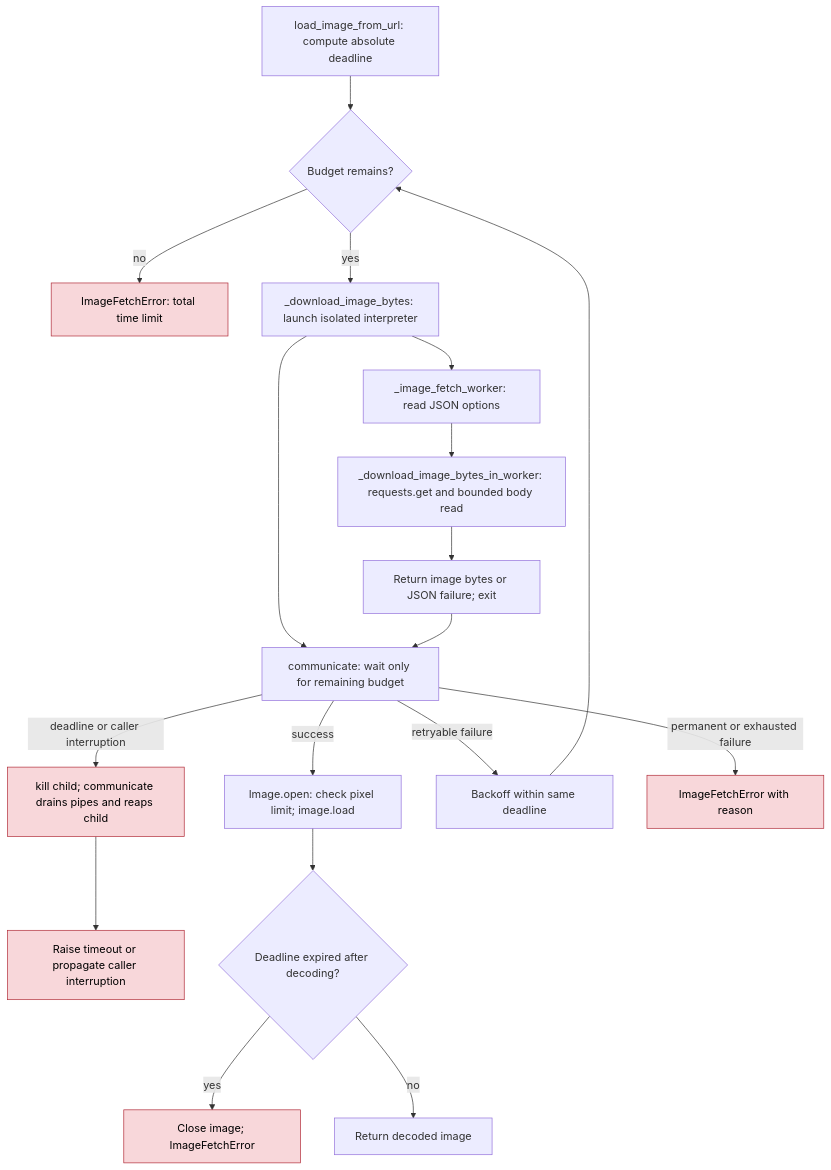
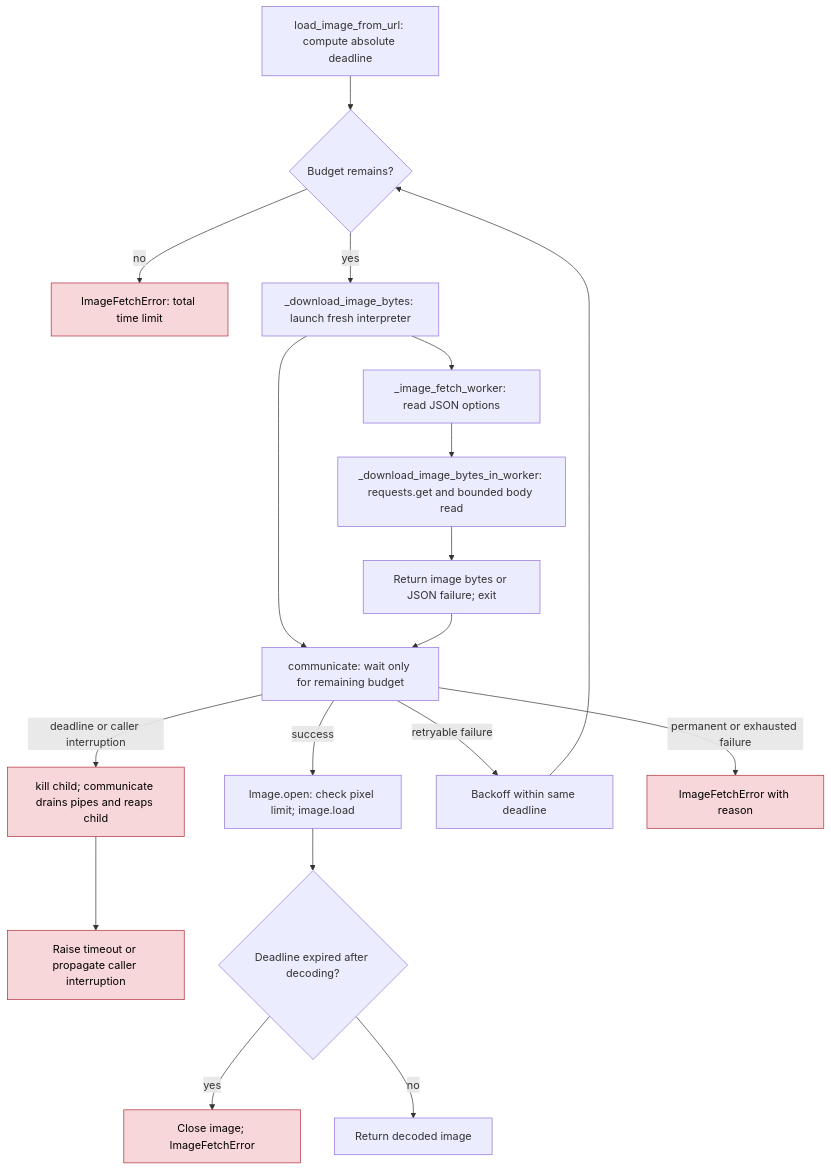
The diagram in docs/remote-image-fetch-bounds.md (ModelCloud/GPTQModel), drawn with Mermaid before and after one commit. The commit also changed other lines of this file and 1 other file, not shown here.

````diff
--- a/docs/remote-image-fetch-bounds.md
+++ b/docs/remote-image-fetch-bounds.md
@@ -20,22 +20,22 @@
 ```mermaid
 flowchart TD
     A["load_image_from_url: compute absolute deadline"] --> B{"Budget remains?"}
     B -- no --> Z["ImageFetchError: total time limit"]
-    B -- yes --> C["_download_image_bytes: launch isolated interpreter"]
+    B -- yes --> C["_download_image_bytes: launch fresh interpreter"]
     C --> D["_image_fetch_worker: read JSON options"]
     D --> E["_download_image_bytes_in_worker: requests.get and bounded body read"]
     E --> F["Return image bytes or JSON failure; exit"]
     C --> G["communicate: wait only for remaining budget"]
     F --> G
     G -- deadline or caller interruption --> H["kill child; communicate drains pipes and reaps child"]
     H --> I["Raise timeout or propagate caller interruption"]
     G -- success --> J["Image.open: check pixel limit; image.load"]
     J --> K{"Deadline expired after decoding?"}
     K -- yes --> L["Close image; ImageFetchError"]
     K -- no --> M["Return decoded image"]
     G -- retryable failure --> N["Backoff within same deadline"]
     N --> B
     G -- permanent or exhausted failure --> O["ImageFetchError with reason"]
     classDef fail fill:#f8d7da,stroke:#b02a37,color:#000;
     class Z,H,I,L,O fail;
 ```
````
